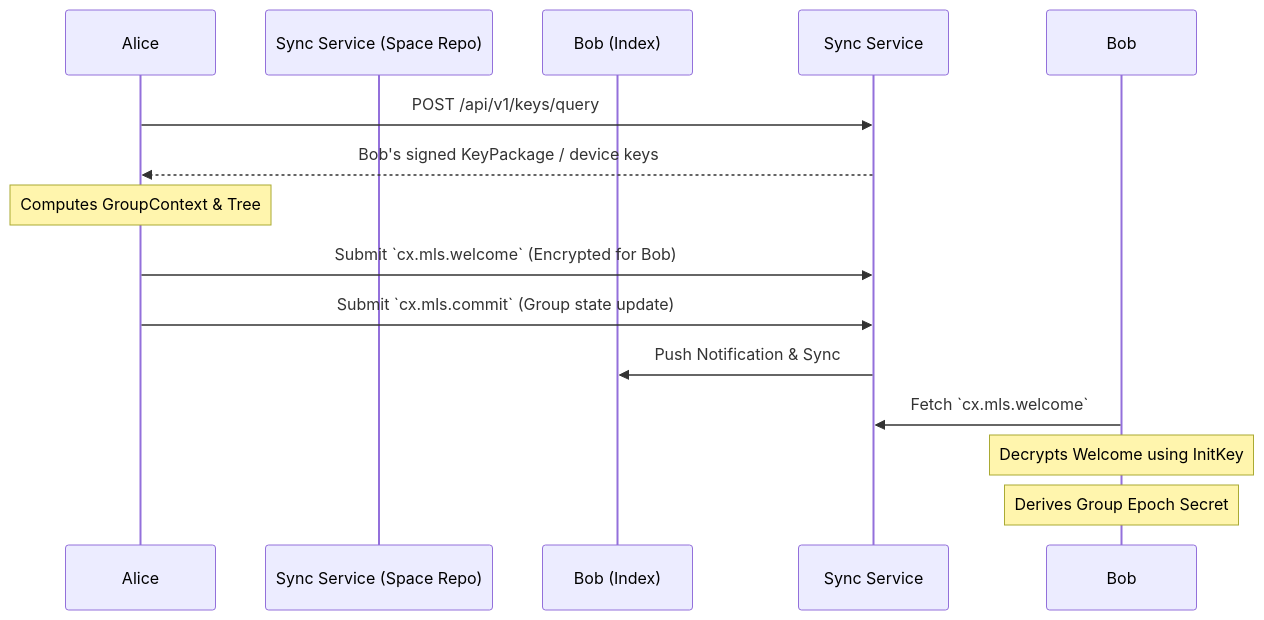
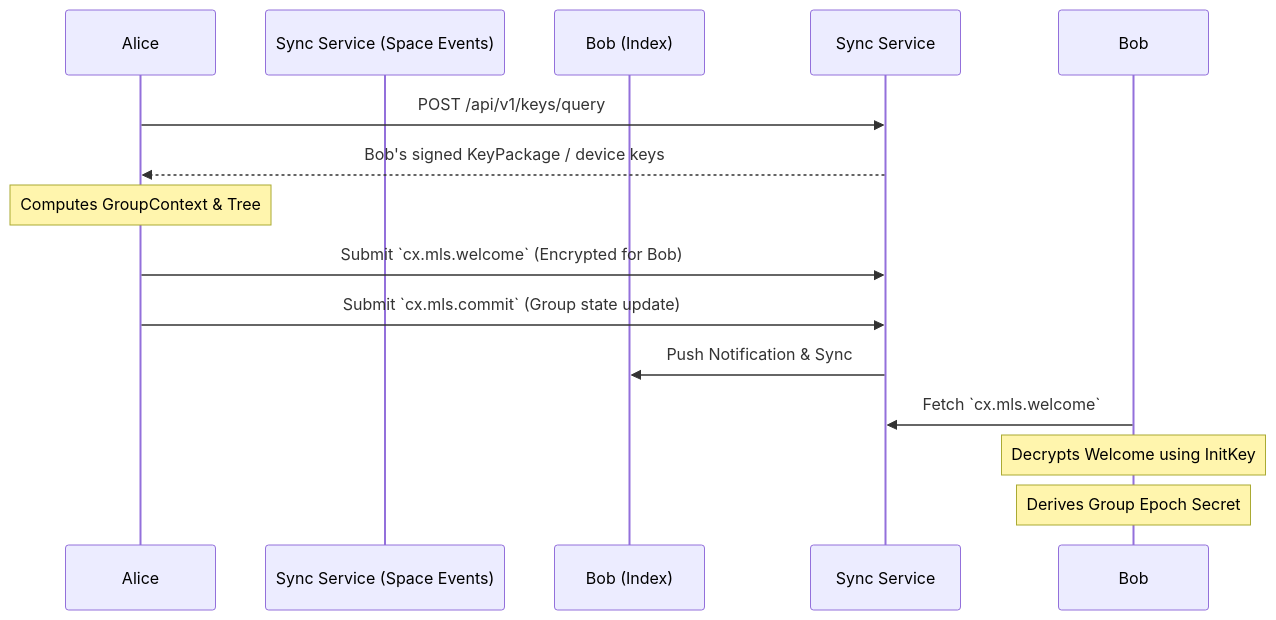
The diagram in zh/crypto-media/encryption-and-audit.md (arkret-org/arkret-spec), drawn with Mermaid before and after one commit. The commit also changed other lines of this file and 81 other files, not shown here.

````diff
--- a/zh/crypto-media/encryption-and-audit.md
+++ b/zh/crypto-media/encryption-and-audit.md
@@ -25,20 +25,20 @@
 ```mermaid
 sequenceDiagram
     participant Alice
-    participant Sync Service (Space Repo)
+    participant Sync Service (Space Events)
     participant Bob (Index)
 
     Alice->>Sync Service: POST /api/v1/keys/query
     Sync Service-->>Alice: Bob's signed KeyPackage / device keys
     
     note over Alice: Computes GroupContext & Tree
     
     Alice->>Sync Service: Submit `cx.mls.welcome` (Encrypted for Bob)
     Alice->>Sync Service: Submit `cx.mls.commit` (Group state update)
     
     Sync Service->>Bob (Index): Push Notification & Sync
     
     Bob->>Sync Service: Fetch `cx.mls.welcome`
     note over Bob: Decrypts Welcome using InitKey
     note over Bob: Derives Group Epoch Secret
 ```
````
